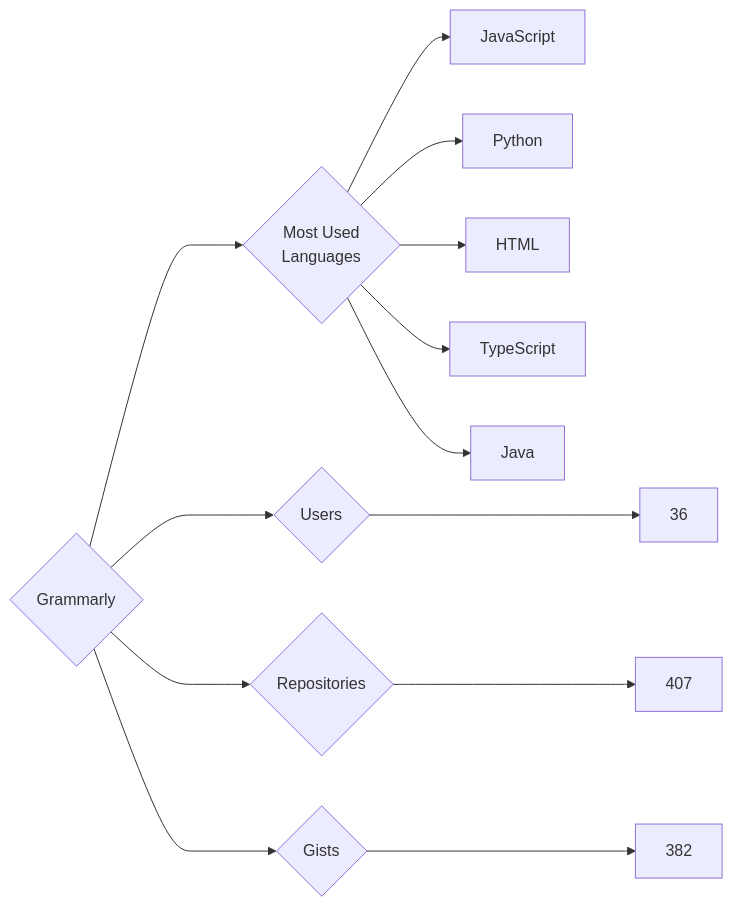
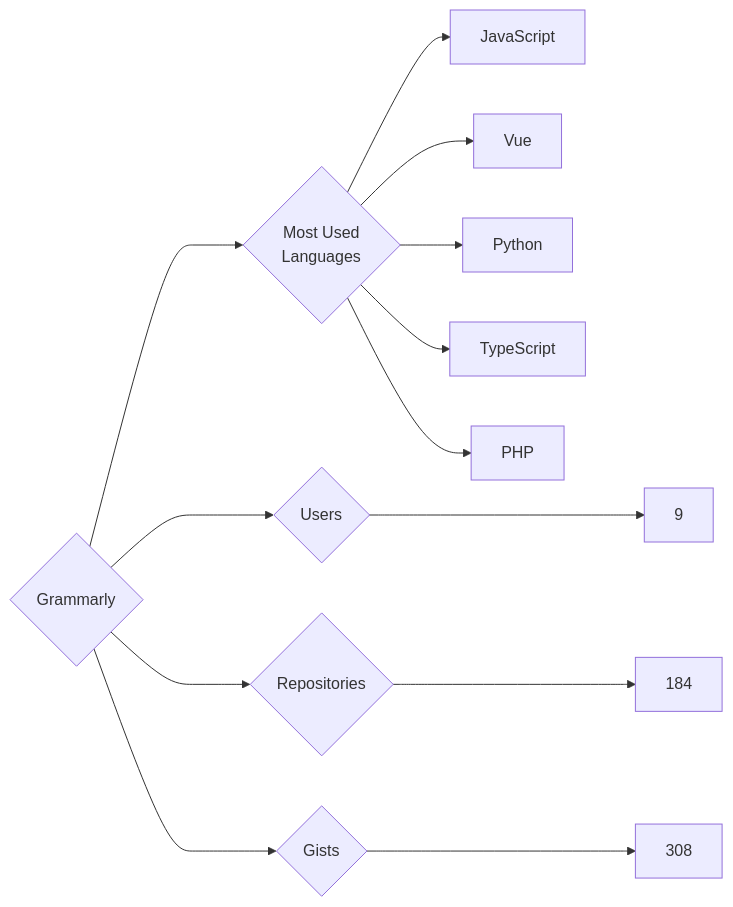
One commit to trickest/insiders changed the diagram in targets/Grammarly/README.md. Above: the diagram before and after it, drawn with Mermaid. The commit also changed 826 other files, not shown here.

````diff
--- a/targets/Grammarly/README.md
+++ b/targets/Grammarly/README.md
@@ -3,13 +3,13 @@
 ```mermaid
 graph LR
 COMPANY_NAME{Grammarly}
-COMPANY_NAME ---> U{Users} ---> UN[36]
-COMPANY_NAME ---> R{Repositories} ---> RN[407]
-COMPANY_NAME ---> G{Gists} ---> GN[382]
+COMPANY_NAME ---> U{Users} ---> UN[9]
+COMPANY_NAME ---> R{Repositories} ---> RN[184]
+COMPANY_NAME ---> G{Gists} ---> GN[308]
 COMPANY_NAME ---> ML{Most Used<br>Languages}
 ML --> JavaScript[JavaScript]
+ML --> Vue[Vue]
 ML --> Python[Python]
-ML --> HTML[HTML]
 ML --> TypeScript[TypeScript]
-ML --> Java[Java]
+ML --> PHP[PHP]
 ```
````
